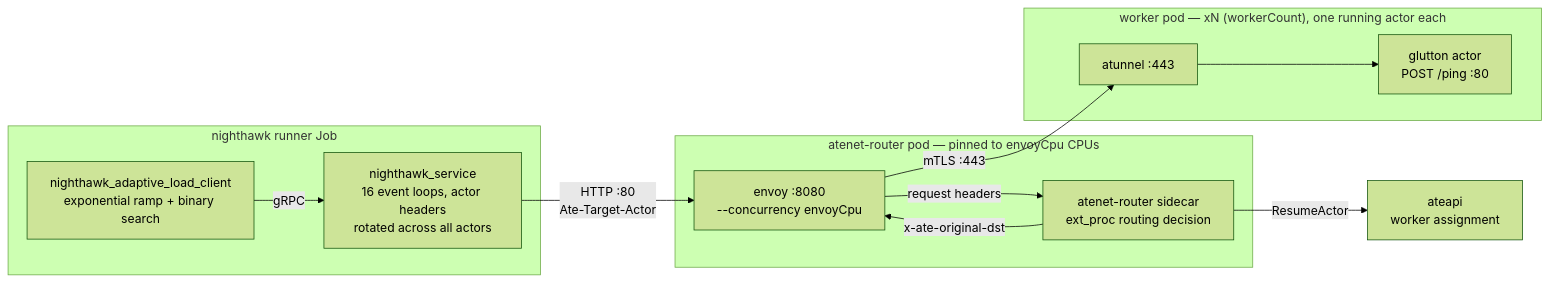
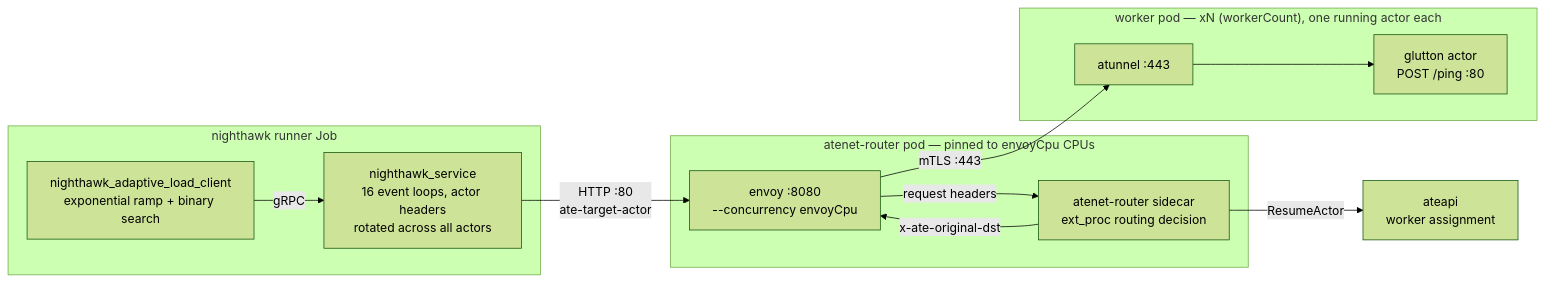
Before and after one commit to agent-substrate/substrate: the first of 2 diagrams in benchmarking/nighthawk-ingress/README.md, drawn with Mermaid (forest theme). The commit also changed other lines of this file and 36 other files, not shown here.

````diff
--- a/benchmarking/nighthawk-ingress/README.md
+++ b/benchmarking/nighthawk-ingress/README.md
@@ -36,25 +36,25 @@
 ```mermaid
 flowchart LR
     subgraph job["nighthawk runner Job"]
         alc["nighthawk_adaptive_load_client<br/>exponential ramp + binary search"]
       svc["nighthawk_service<br/>16 event loops, actor headers<br/>rotated across all actors"]
         alc -->|gRPC| svc
     end
 
     subgraph pod["atenet-router pod — pinned to envoyCpu CPUs"]
         envoy["envoy :8080<br/>--concurrency envoyCpu"]
         extproc["atenet-router sidecar<br/>ext_proc routing decision"]
         envoy -->|request headers| extproc
         extproc -->|x-ate-original-dst| envoy
     end
 
     ateapi["ateapi<br/>worker assignment"]
 
     subgraph worker["worker pod — xN (workerCount), one running actor each"]
         atunnel["atunnel :443"] --> glutton["glutton actor<br/>POST /ping :80"]
     end
 
-   svc -->|"HTTP :80<br/>Ate-Target-Actor"| envoy
+   svc -->|"HTTP :80<br/>ate-target-actor"| envoy
     extproc -->|ResumeActor| ateapi
     envoy -->|"mTLS :443"| atunnel
 ```
````
